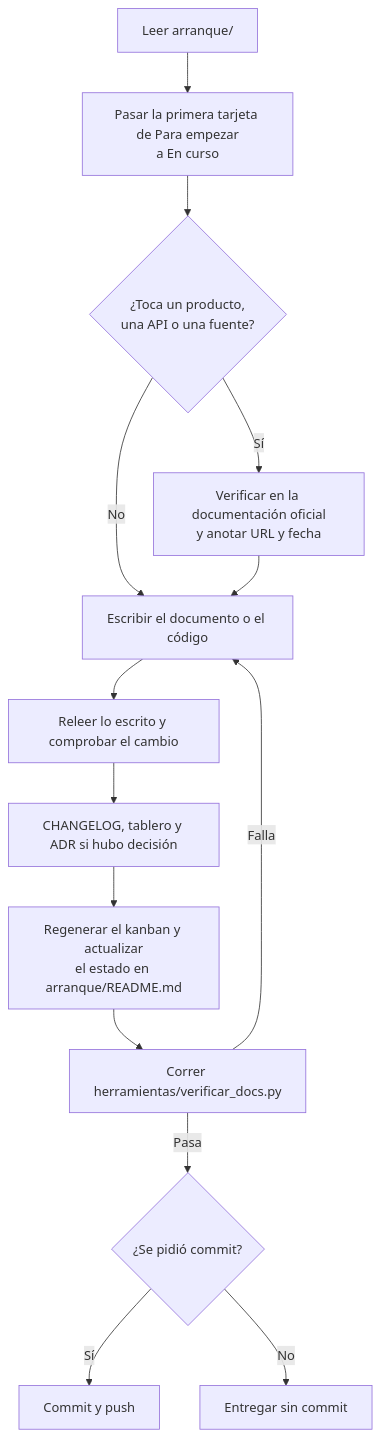
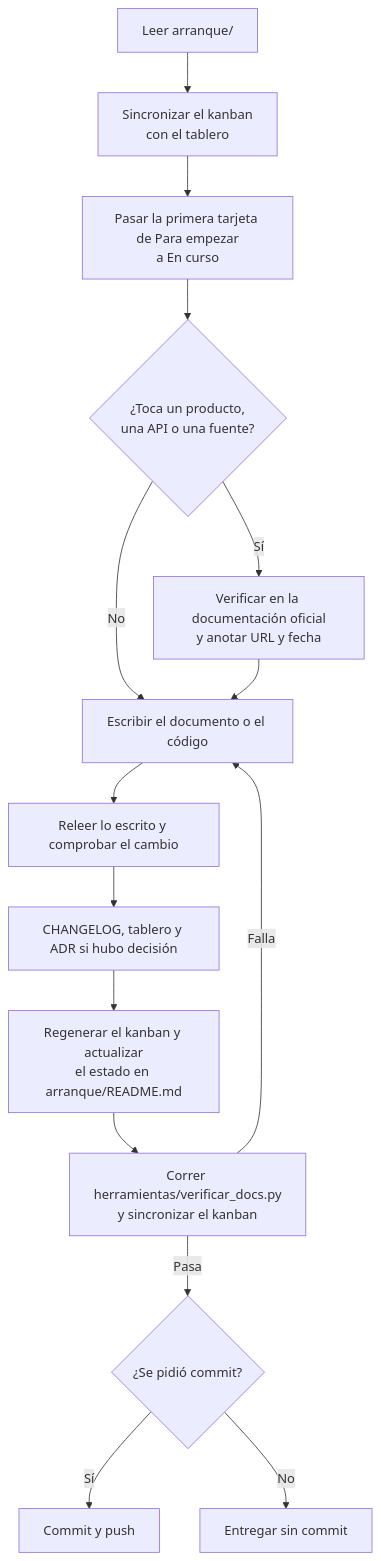
The first of 2 diagrams in arranque/como-se-trabaja.md (andresdiegolanda/el-parte), drawn with Mermaid before and after one commit. The commit also changed other lines of this file and 16 other files, not shown here.

First line of the commit message:
Kanban editable, sincronizado con el tablero (T28, ADR 0009)

````diff
--- a/arranque/como-se-trabaja.md
+++ b/arranque/como-se-trabaja.md
@@ -7,16 +7,17 @@
 ```mermaid
 flowchart TD
-    A[Leer arranque/] --> B[Pasar la primera tarjeta de Para empezar<br/>a En curso]
+    A[Leer arranque/] --> S[Sincronizar el kanban<br/>con el tablero]
+    S --> B[Pasar la primera tarjeta de Para empezar<br/>a En curso]
     B --> C{¿Toca un producto,<br/>una API o una fuente?}
     C -- Sí --> D[Verificar en la documentación oficial<br/>y anotar URL y fecha]
     C -- No --> E
     D --> E[Escribir el documento o el código]
     E --> F[Releer lo escrito y comprobar el cambio]
     F --> H[CHANGELOG, tablero y ADR si hubo decisión]
     H --> I[Regenerar el kanban y actualizar<br/>el estado en arranque/README.md]
-    I --> G[Correr herramientas/verificar_docs.py]
+    I --> G[Correr herramientas/verificar_docs.py<br/>y sincronizar el kanban]
     G -- Falla --> E
     G -- Pasa --> J{¿Se pidió commit?}
     J -- Sí --> K[Commit y push]
     J -- No --> L[Entregar sin commit]
 ```
````
